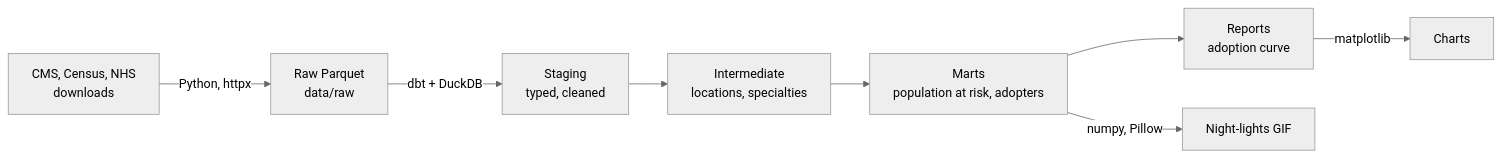
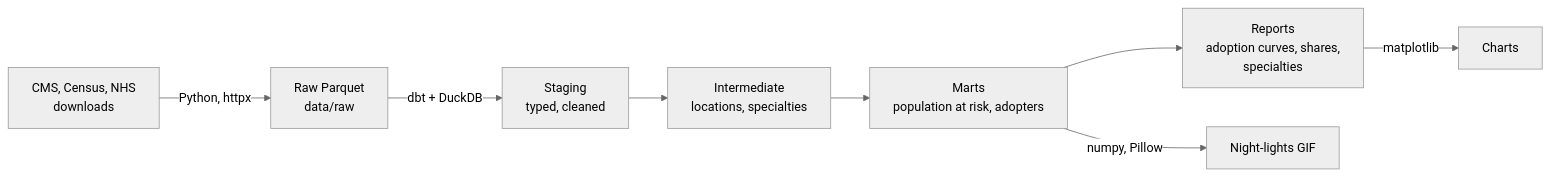
Before and after one commit to MyreLab/semaglutide-spread: the diagram in README.md, drawn with Mermaid (neutral theme). The commit also changed other lines of this file, not shown here.

````diff
--- a/README.md
+++ b/README.md
@@ -129,10 +148,10 @@
 ```mermaid
 flowchart LR
     A[CMS, Census, NHS<br>downloads] -->|Python, httpx| B[Raw Parquet<br>data/raw]
     B -->|dbt + DuckDB| C[Staging<br>typed, cleaned]
     C --> D[Intermediate<br>locations, specialties]
     D --> E[Marts<br>population at risk, adopters]
-    E --> F[Reports<br>adoption curve]
+    E --> F[Reports<br>adoption curves, shares,<br>specialties]
     E -->|numpy, Pillow| G[Night-lights GIF]
     F -->|matplotlib| H[Charts]
 ```
````
